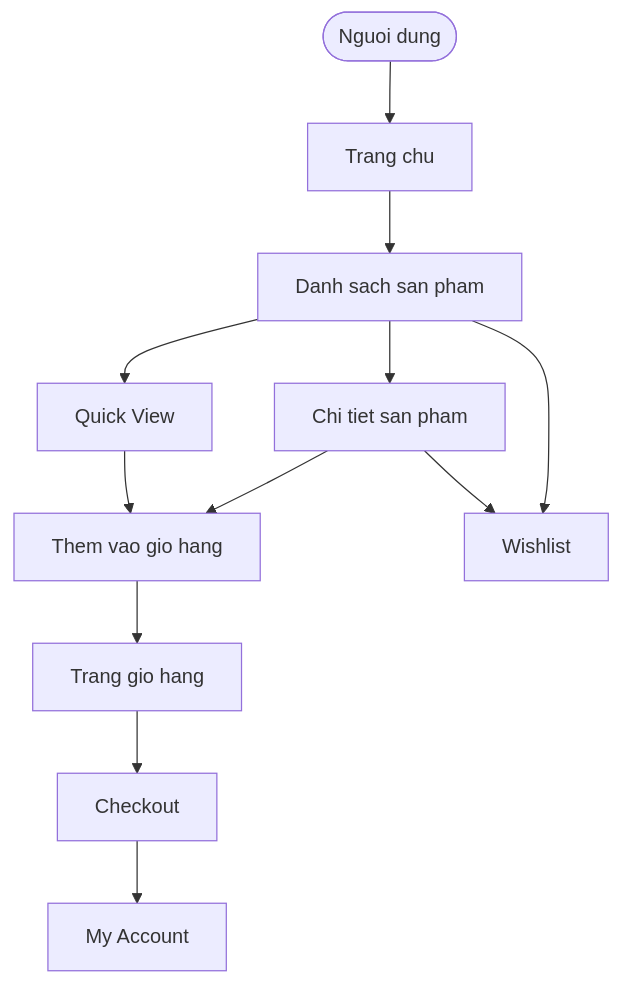
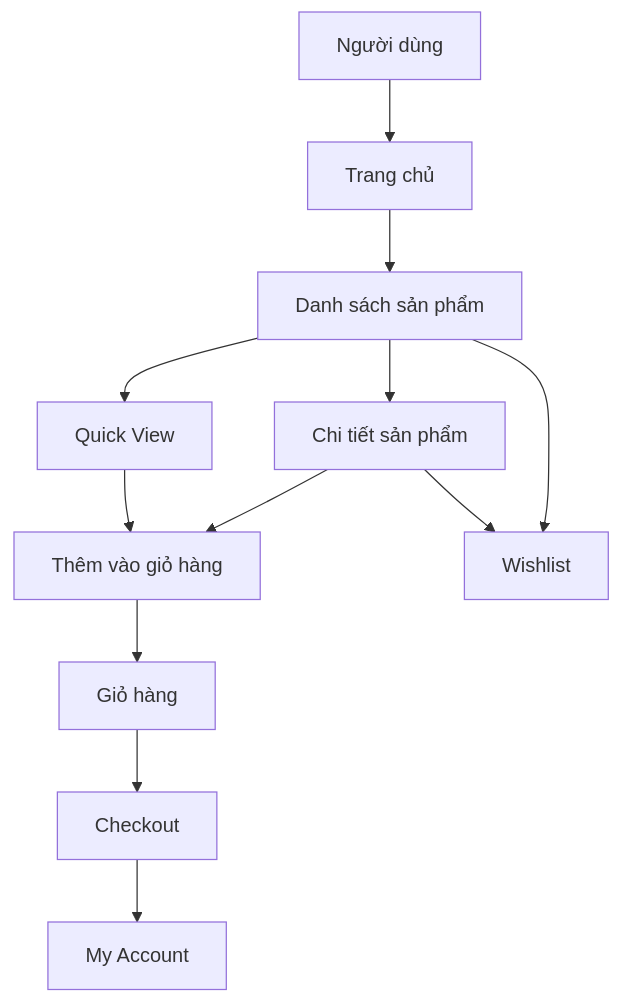
Before and after one commit to NguyenDinhDang/Docs-E-commerce: the first of 9 diagrams in 07-so-do-mermaid.md, drawn with Mermaid. The commit also changed other lines of this file and 4 other files, not shown here.

````diff
--- a/07-so-do-mermaid.md
+++ b/07-so-do-mermaid.md
@@ -7,19 +5,14 @@
 ```mermaid
 flowchart TD
-    User([Nguoi dung])
-
-    User --> Home[Trang chu]
-    Home --> Shop[Danh sach san pham]
-
-    Shop --> QV[Quick View]
-    Shop --> Detail[Chi tiet san pham]
-    Shop --> WL[Wishlist]
-
-    QV --> Cart[Them vao gio hang]
-    Detail --> Cart
-    Detail --> WL
-
-    Cart --> CartPage[Trang gio hang]
-    CartPage --> Checkout[Checkout]
-    Checkout --> Account[My Account]
+  A[Người dùng] --> B[Trang chủ]
+  B --> C[Danh sách sản phẩm]
+  C --> D[Quick View]
+  C --> E[Chi tiết sản phẩm]
+  E --> F[Thêm vào giỏ hàng]
+  D --> F
+  F --> G[Giỏ hàng]
+  G --> H[Checkout]
+  H --> I[My Account]
+  C --> J[Wishlist]
+  E --> J
 ```
````
